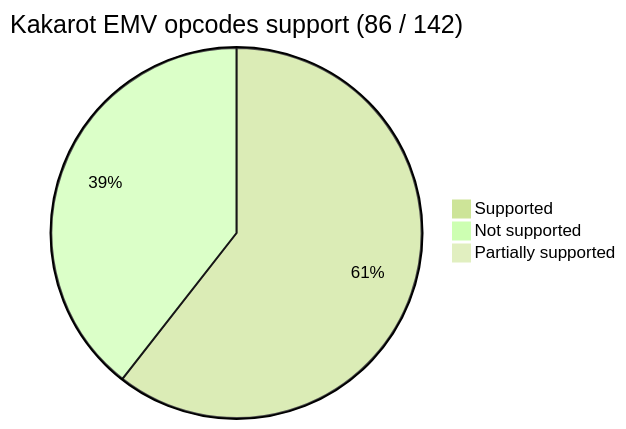
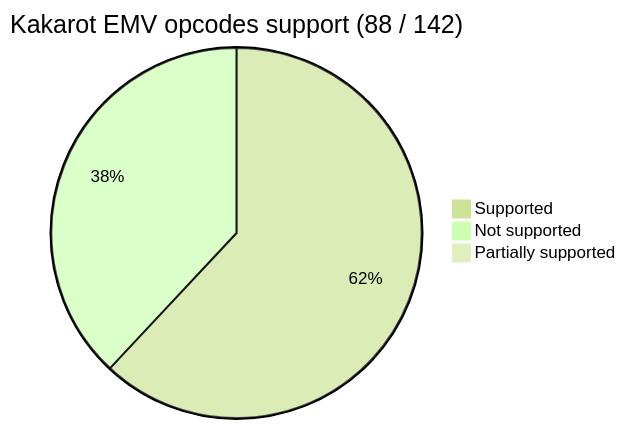
One commit to kkrt-labs/kakarot changed the first of 2 diagrams in README.md. Above: the diagram before and after it, drawn with Mermaid. The commit also changed other lines of this file and 1 other file, not shown here.

Commit message:
👥 add pscott, ClementWalter

````diff
--- a/README.md
+++ b/README.md
@@ -40,7 +40,7 @@
 ```mermaid
 %%{init: {'theme': 'forest', 'themeVariables': { 'darkMode': 'false'}}}%%
-pie title Kakarot EMV opcodes support (86 / 142)
-    "Supported" : 86
-    "Not supported" : 56
+pie title Kakarot EMV opcodes support (88 / 142)
+    "Supported" : 88
+    "Not supported" : 54
     "Partially supported" : 0
 ```
````
